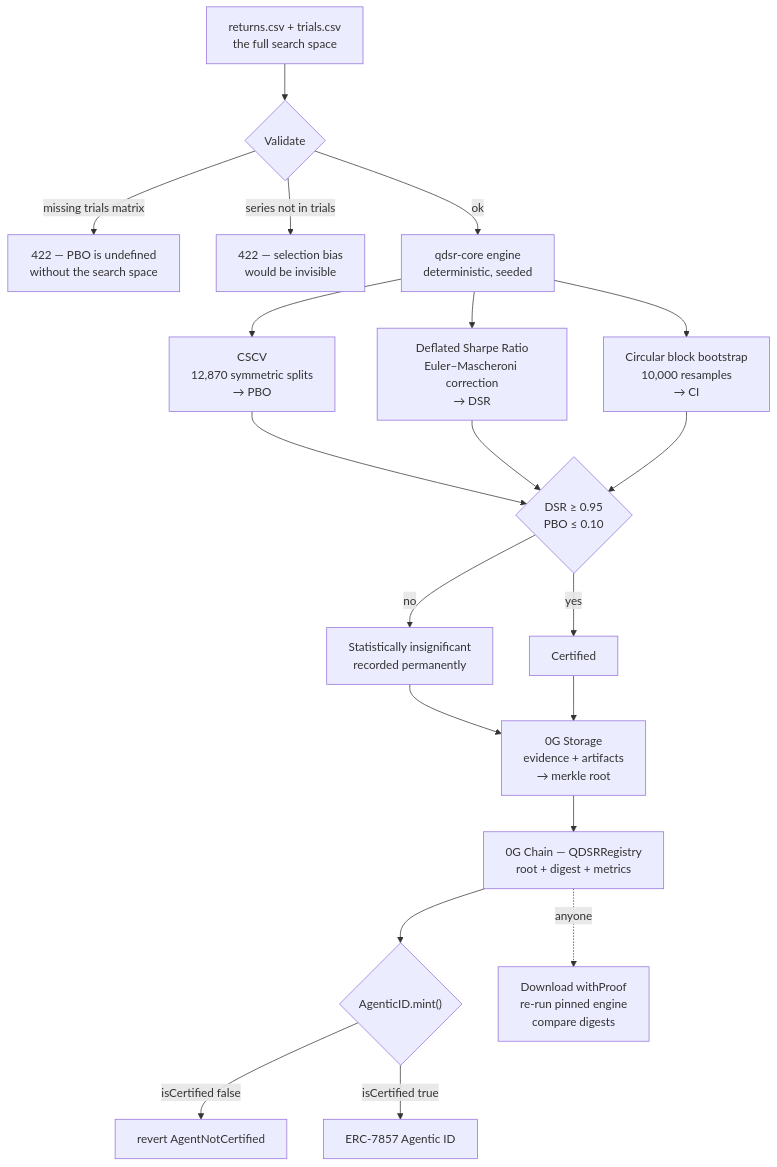
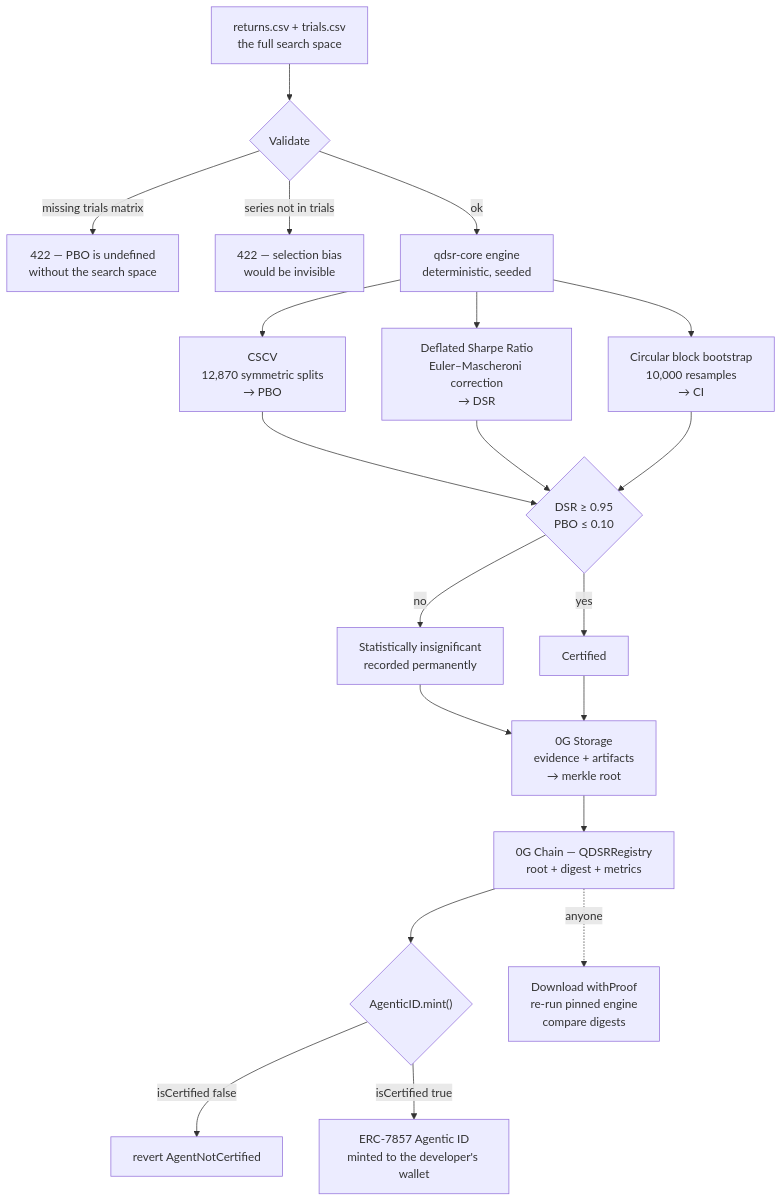
The diagram in README.md (hevDev7/Q-DSR), drawn with Mermaid before and after one commit. The commit also changed other lines of this file and 1 other file, not shown here.

First line of the commit message:
docs: record the wallet-signed mint path

````diff
--- a/README.md
+++ b/README.md
@@ -76,27 +94,27 @@
 ```mermaid
 flowchart TD
     A["returns.csv + trials.csv<br/>the full search space"] --> B{Validate}
     B -->|missing trials matrix| R1["422 — PBO is undefined<br/>without the search space"]
     B -->|series not in trials| R2["422 — selection bias<br/>would be invisible"]
     B -->|ok| C["qdsr-core engine<br/>deterministic, seeded"]
 
     C --> D["CSCV<br/>12,870 symmetric splits<br/>→ PBO"]
     C --> E["Deflated Sharpe Ratio<br/>Euler–Mascheroni correction<br/>→ DSR"]
     C --> F["Circular block bootstrap<br/>10,000 resamples<br/>→ CI"]
 
     D --> G{"DSR ≥ 0.95<br/>PBO ≤ 0.10"}
     E --> G
     F --> G
 
     G -->|no| H["Statistically insignificant<br/>recorded permanently"]
     G -->|yes| I[Certified]
 
     H --> J["0G Storage<br/>evidence + artifacts<br/>→ merkle root"]
     I --> J
     J --> K["0G Chain — QDSRRegistry<br/>root + digest + metrics"]
     K --> L{"AgenticID.mint()"}
     L -->|isCertified false| M["revert AgentNotCertified"]
-    L -->|isCertified true| N["ERC-7857 Agentic ID"]
+    L -->|isCertified true| N["ERC-7857 Agentic ID<br/>minted to the developer's wallet"]
 
     K -.->|anyone| O["Download withProof<br/>re-run pinned engine<br/>compare digests"]
 ```
````
